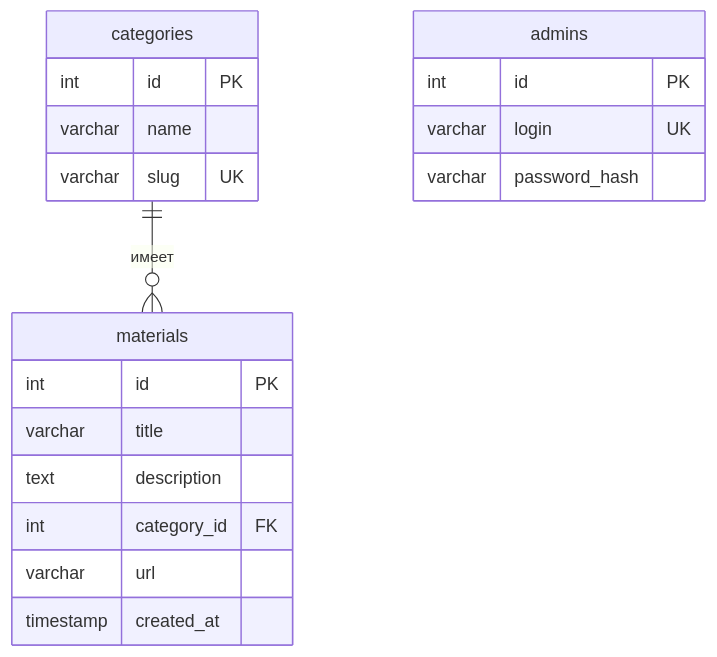
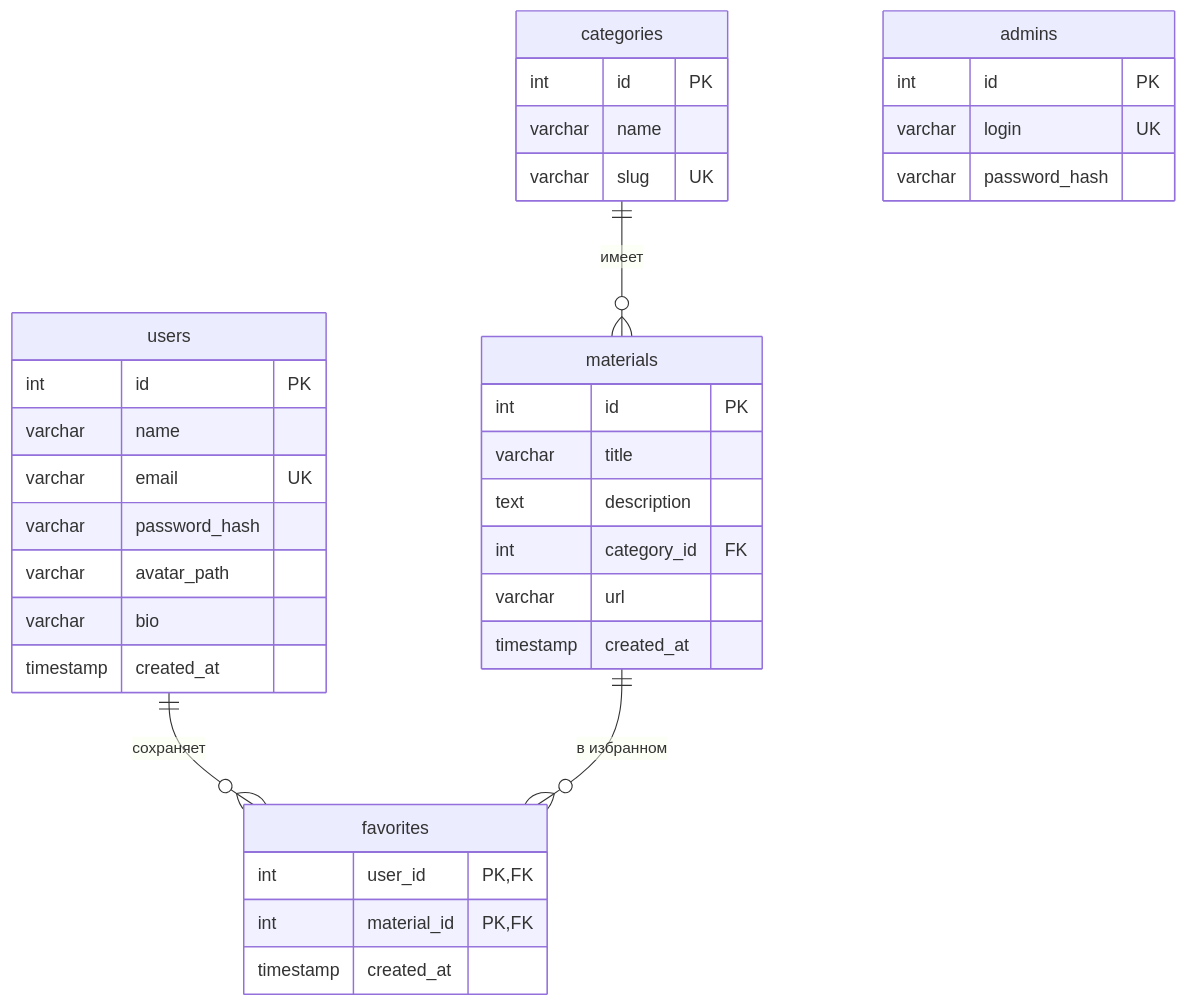
Before and after one commit to Ramzik257/college-materials: the diagram in docs/database-schema.md, drawn with Mermaid. The commit also changed other lines of this file and 14 other files, not shown here.

````diff
--- a/docs/database-schema.md
+++ b/docs/database-schema.md
@@ -5,22 +5,38 @@
 ```mermaid
 erDiagram
   categories ||--o{ materials : "имеет"
+  users ||--o{ favorites : "сохраняет"
+  materials ||--o{ favorites : "в избранном"
   categories {
     int id PK
     varchar name
     varchar slug UK
   }
   materials {
     int id PK
     varchar title
     text description
     int category_id FK
     varchar url
     timestamp created_at
   }
   admins {
     int id PK
     varchar login UK
     varchar password_hash
   }
+  users {
+    int id PK
+    varchar name
+    varchar email UK
+    varchar password_hash
+    varchar avatar_path
+    varchar bio
+    timestamp created_at
+  }
+  favorites {
+    int user_id PK, FK
+    int material_id PK, FK
+    timestamp created_at
+  }
 ```
````
